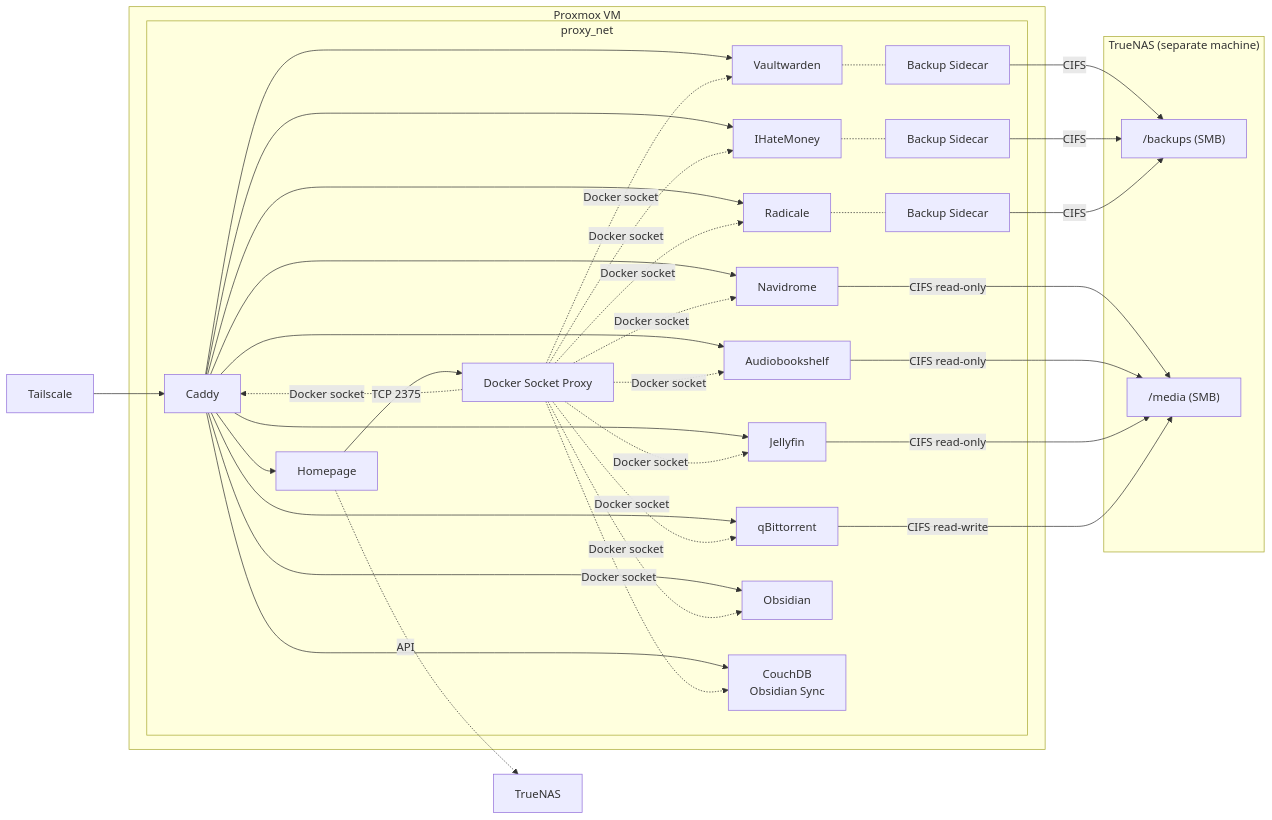
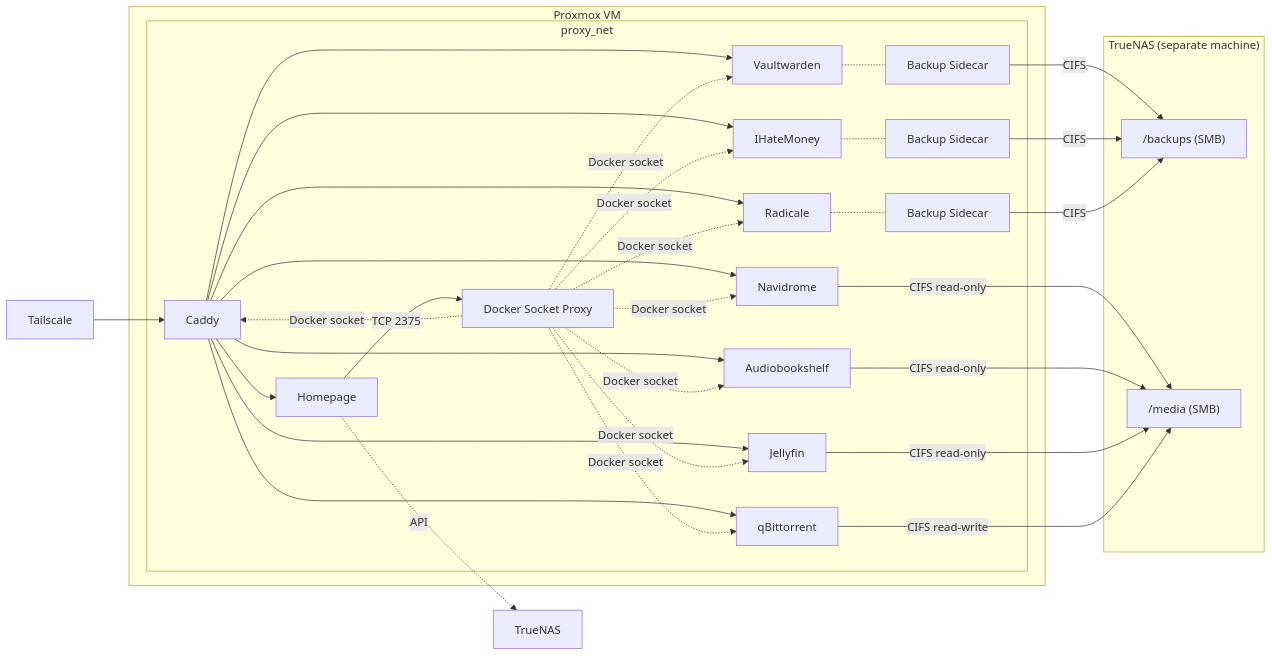
Before and after one commit to masolnada/homelab: the first of 2 diagrams in README.md, drawn with Mermaid. The commit also changed other lines of this file and 6 other files, not shown here.

````diff
--- a/README.md
+++ b/README.md
@@ -7,48 +7,44 @@
 ```mermaid
 graph LR
     TS[Tailscale] --> Caddy
 
     subgraph VM["Proxmox VM"]
         subgraph proxy_net
             Caddy --> Homepage
             Caddy --> Vaultwarden
             Caddy --> Navidrome
             Caddy --> Audiobookshelf
             Caddy --> IHateMoney
             Caddy --> Jellyfin
             Caddy --> qBittorrent
             Caddy --> Radicale
-            Caddy --> Obsidian
-            Caddy --> CouchDB[CouchDB\nObsidian Sync]
             Homepage -->|TCP 2375| DockerProxy[Docker Socket Proxy]
             DockerProxy -.->|Docker socket| Caddy
             DockerProxy -.->|Docker socket| Vaultwarden
             DockerProxy -.->|Docker socket| Navidrome
             DockerProxy -.->|Docker socket| Audiobookshelf
             DockerProxy -.->|Docker socket| IHateMoney
             DockerProxy -.->|Docker socket| Jellyfin
             DockerProxy -.->|Docker socket| qBittorrent
             DockerProxy -.->|Docker socket| Radicale
-            DockerProxy -.->|Docker socket| Obsidian
-            DockerProxy -.->|Docker socket| CouchDB[CouchDB\nObsidian Sync]
             Vaultwarden -.- Backup[Backup Sidecar]
             IHateMoney -.- IHMBackup[Backup Sidecar]
             Radicale -.- RadBackup[Backup Sidecar]
         end
     end
 
     subgraph NAS["TrueNAS (separate machine)"]
         backups["/backups (SMB)"]
         media["/media (SMB)"]
     end
 
     Homepage -.->|API| TrueNAS
 
     Backup -->|CIFS| backups
     IHMBackup -->|CIFS| backups
     RadBackup -->|CIFS| backups
     Navidrome -->|CIFS read-only| media
     Audiobookshelf -->|CIFS read-only| media
     Jellyfin -->|CIFS read-only| media
     qBittorrent -->|CIFS read-write| media
 ```
````
